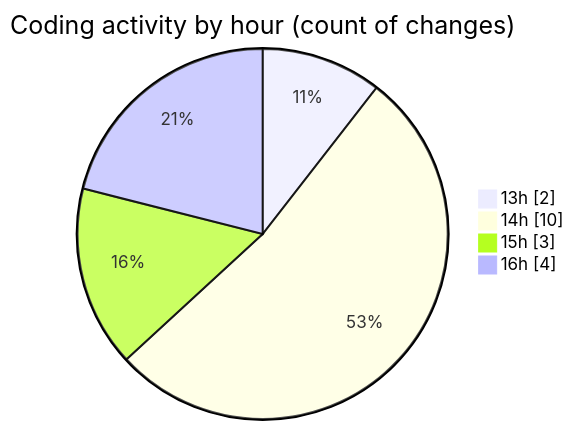
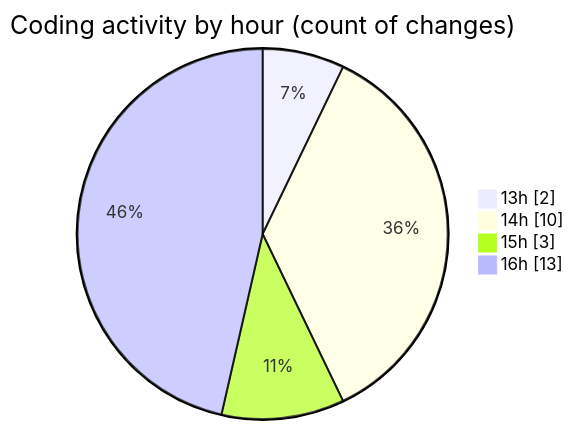
The second of 2 diagrams in 2026-03-12/nxtqube_webapp/README.md (nxtqubesakshisongat/code-tracking), drawn with Mermaid before and after one commit. The commit also changed other lines of this file and 1 other file, not shown here.

````diff
--- a/2026-03-12/nxtqube_webapp/README.md
+++ b/2026-03-12/nxtqube_webapp/README.md
@@ -34,8 +34,8 @@
 ```mermaid
 pie showData
 title Coding activity by hour (count of changes)
 "13h" : 2
 "14h" : 10
 "15h" : 3
-"16h" : 4
+"16h" : 13
 ```
````
